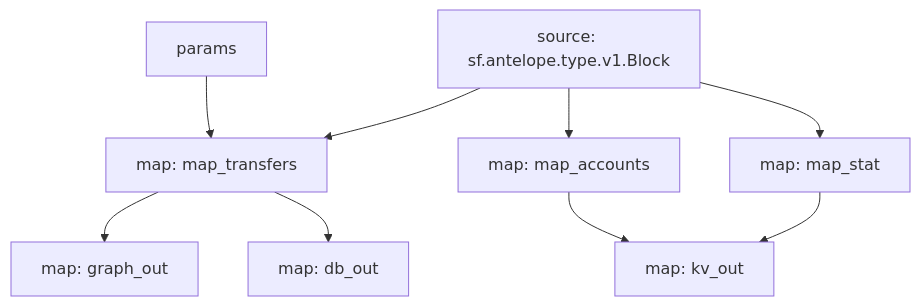
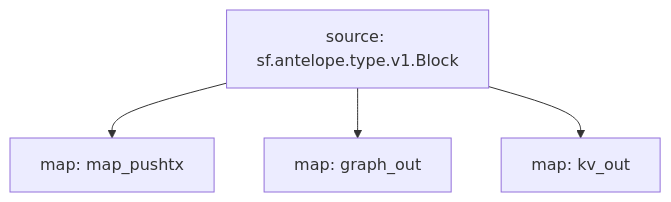
Before and after one commit to pinax-network/substreams: the diagram in eosio.evm/README.md, drawn with Mermaid. The commit also changed other lines of this file, not shown here.

````diff
--- a/eosio.evm/README.md
+++ b/eosio.evm/README.md
@@ -34,17 +16,9 @@
 ```mermaid
 graph TD;
-  map_transfers[map: map_transfers];
-  map_transfers:params[params] --> map_transfers;
-  sf.antelope.type.v1.Block[source: sf.antelope.type.v1.Block] --> map_transfers;
-  map_accounts[map: map_accounts];
-  sf.antelope.type.v1.Block[source: sf.antelope.type.v1.Block] --> map_accounts;
-  map_stat[map: map_stat];
-  sf.antelope.type.v1.Block[source: sf.antelope.type.v1.Block] --> map_stat;
+  map_pushtx[map: map_pushtx];
+  sf.antelope.type.v1.Block[source: sf.antelope.type.v1.Block] --> map_pushtx;
   graph_out[map: graph_out];
-  map_transfers --> graph_out;
+  sf.antelope.type.v1.Block[source: sf.antelope.type.v1.Block] --> graph_out;
   kv_out[map: kv_out];
-  map_accounts --> kv_out;
-  map_stat --> kv_out;
-  db_out[map: db_out];
-  map_transfers --> db_out;
+  sf.antelope.type.v1.Block[source: sf.antelope.type.v1.Block] --> kv_out;
 ```
````
